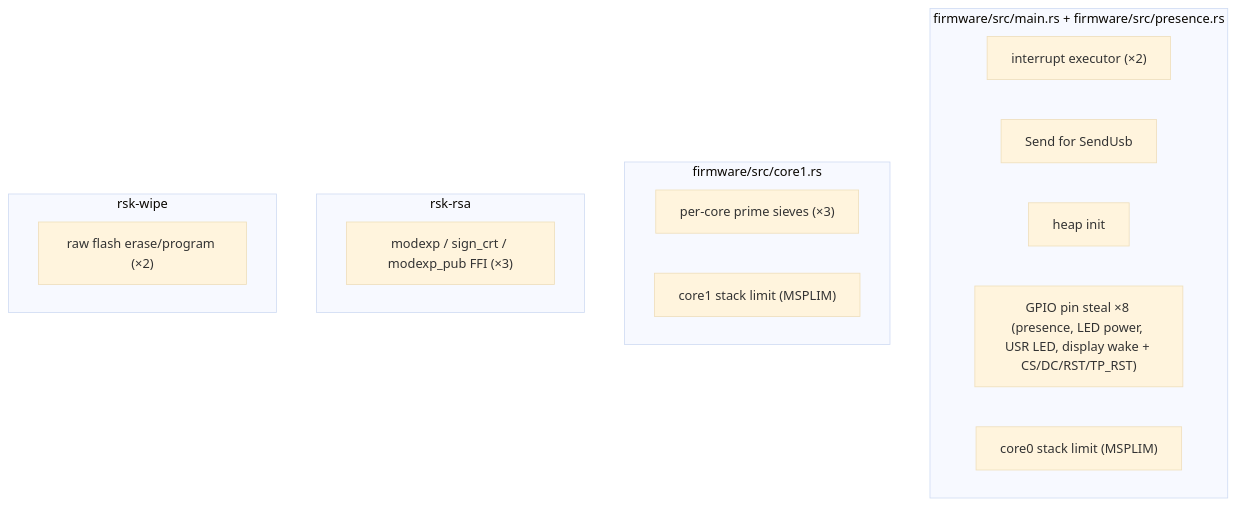
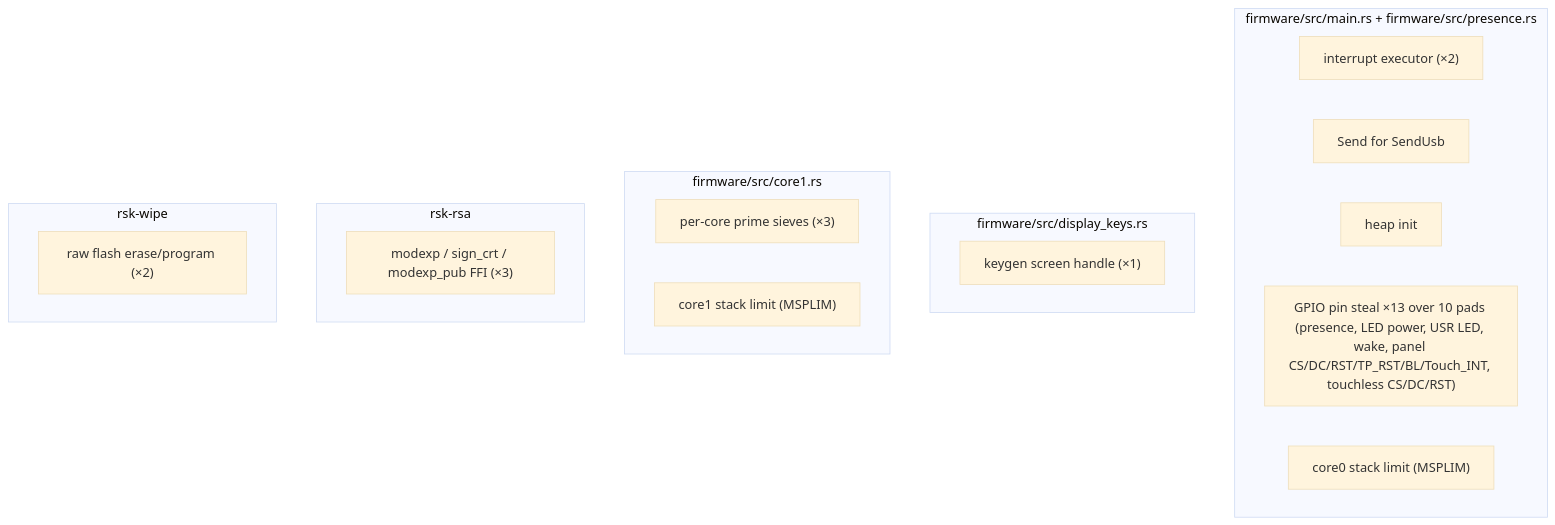
One commit to IsayIsee/RS-Key changed the diagram in docs/unsafe.md. Above: the diagram before and after it, drawn with Mermaid (base theme). The commit also changed other lines of this file and 8 other files, not shown here.

````diff
--- a/docs/unsafe.md
+++ b/docs/unsafe.md
@@ -18,20 +20,23 @@
 ```mermaid
 flowchart TB
     subgraph fw["firmware/src/main.rs + firmware/src/presence.rs"]
       a["interrupt executor (×2)"]
       b["Send for SendUsb"]
       c["heap init"]
-      d["GPIO pin steal ×8 (presence, LED power, USR LED, display wake + CS/DC/RST/TP_RST)"]
+      d["GPIO pin steal ×13 over 10 pads (presence, LED power, USR LED, wake, panel CS/DC/RST/TP_RST/BL/Touch_INT, touchless CS/DC/RST)"]
       d2["core0 stack limit (MSPLIM)"]
+    end
+    subgraph dk["firmware/src/display_keys.rs"]
+      h["keygen screen handle (×1)"]
     end
     subgraph kg["firmware/src/core1.rs"]
       e["per-core prime sieves (×3)"]
       e2["core1 stack limit (MSPLIM)"]
     end
     subgraph asm["rsk-rsa"]
       f["modexp / sign_crt / modexp_pub FFI (×3)"]
     end
     subgraph wipe["rsk-wipe"]
       g["raw flash erase/program (×2)"]
     end
 ```
````
